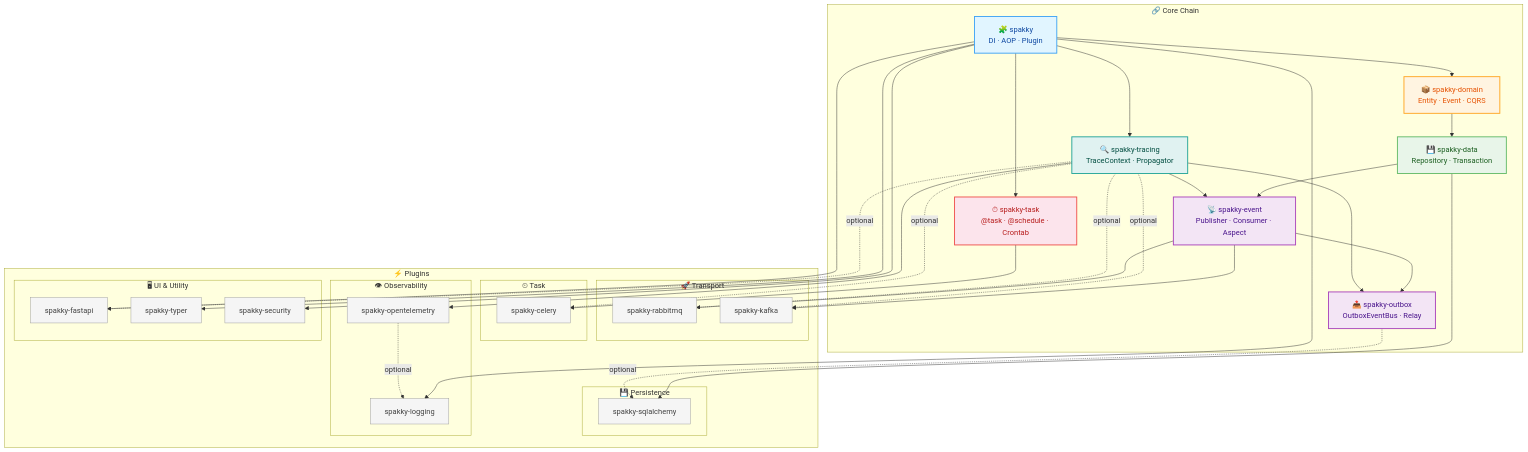
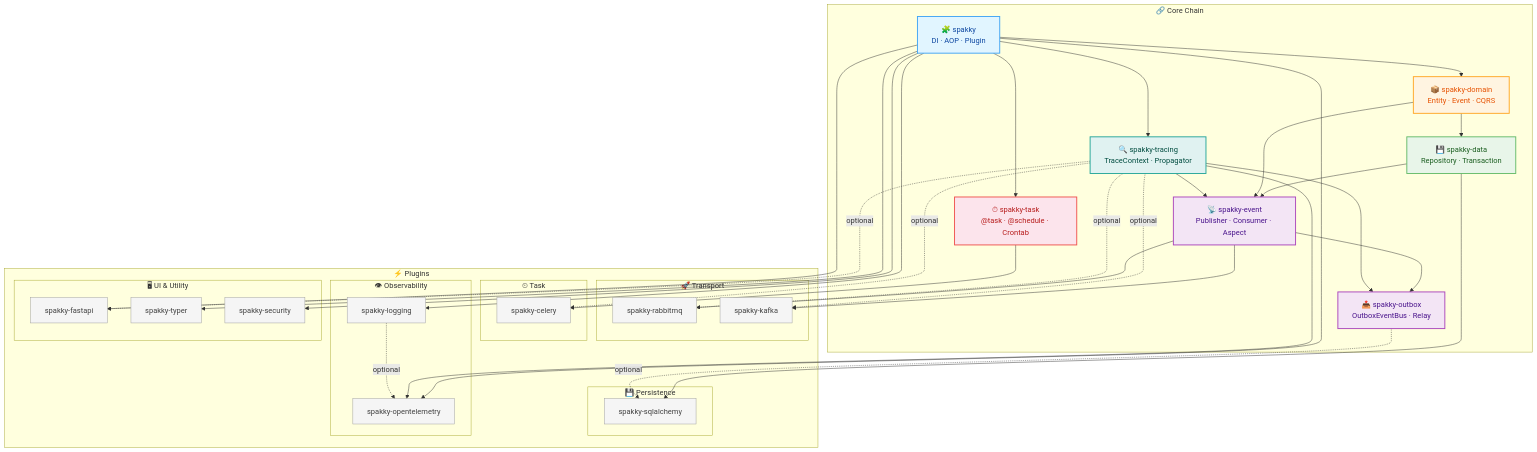
Before and after one commit to E5presso/spakky-framework: the first of 2 diagrams in ARCHITECTURE.md, drawn with Mermaid. The commit also changed other lines of this file and 6 other files, not shown here.

````diff
--- a/ARCHITECTURE.md
+++ b/ARCHITECTURE.md
@@ -52,78 +55,80 @@
 ```mermaid
 graph TD
     subgraph core_chain ["🔗 Core Chain"]
         core[🧩 spakky<br/>DI · AOP · Plugin]
 
         core --> domain[📦 spakky-domain<br/>Entity · Event · CQRS]
         core --> task_pkg["⏱ spakky-task<br/>@task · @schedule · Crontab"]
         core --> tracing["🔍 spakky-tracing<br/>TraceContext · Propagator"]
 
         domain --> data[💾 spakky-data<br/>Repository · Transaction]
         data --> event[📡 spakky-event<br/>Publisher · Consumer · Aspect]
+        domain --> event
         tracing --> event
         event --> outbox[📤 spakky-outbox<br/>OutboxEventBus · Relay]
         tracing --> outbox
     end
 
     subgraph plugins ["⚡ Plugins"]
         subgraph persistence ["💾 Persistence"]
             sqlalchemy[spakky-sqlalchemy]
         end
 
         subgraph transport ["🚀 Transport"]
             rabbitmq[spakky-rabbitmq]
             kafka[spakky-kafka]
         end
 
         subgraph task_plugins ["⏲ Task"]
             celery_plugin[spakky-celery]
         end
 
         subgraph observability ["👁 Observability"]
             logging_pkg[spakky-logging]
             otel[spakky-opentelemetry]
         end
 
         subgraph ui ["🖥 UI & Utility"]
             fastapi[spakky-fastapi]
             typer[spakky-typer]
             security[spakky-security]
         end
     end
 
     data --> sqlalchemy
     outbox -.->|optional| sqlalchemy
     event --> rabbitmq
     event --> kafka
     task_pkg --> celery_plugin
     core --> logging_pkg
+    core --> otel
     tracing --> otel
     tracing -.->|optional| fastapi
     tracing -.->|optional| rabbitmq
     tracing -.->|optional| kafka
     tracing -.->|optional| celery_plugin
-    otel -.->|optional| logging_pkg
+    logging_pkg -.->|optional| otel
     core --> fastapi
     core --> typer
     core --> security
 
     %% Styling — Core
     style core fill:#e1f5ff,stroke:#42a5f5,stroke-width:2px,color:#0d47a1
     style domain fill:#fff4e1,stroke:#ffa726,stroke-width:2px,color:#e65100
     style data fill:#e8f5e9,stroke:#66bb6a,stroke-width:2px,color:#1b5e20
     style event fill:#f3e5f5,stroke:#ab47bc,stroke-width:2px,color:#4a148c
     style outbox fill:#f3e5f5,stroke:#ab47bc,stroke-width:2px,color:#4a148c
     style task_pkg fill:#fce4ec,stroke:#ef5350,stroke-width:2px,color:#b71c1c
     style tracing fill:#e0f2f1,stroke:#26a69a,stroke-width:2px,color:#004d40
 
     %% Styling — Plugins
     style sqlalchemy fill:#f5f5f5,stroke:#9e9e9e,color:#424242
     style rabbitmq fill:#f5f5f5,stroke:#9e9e9e,color:#424242
     style kafka fill:#f5f5f5,stroke:#9e9e9e,color:#424242
     style celery_plugin fill:#f5f5f5,stroke:#9e9e9e,color:#424242
     style logging_pkg fill:#f5f5f5,stroke:#9e9e9e,color:#424242
     style otel fill:#f5f5f5,stroke:#9e9e9e,color:#424242
     style fastapi fill:#f5f5f5,stroke:#9e9e9e,color:#424242
     style typer fill:#f5f5f5,stroke:#9e9e9e,color:#424242
     style security fill:#f5f5f5,stroke:#9e9e9e,color:#424242
 ```
````
